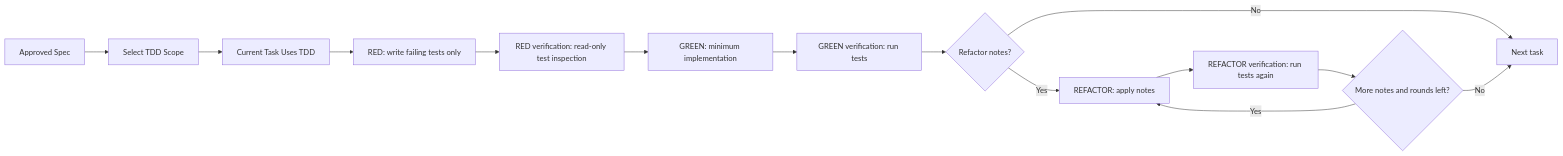
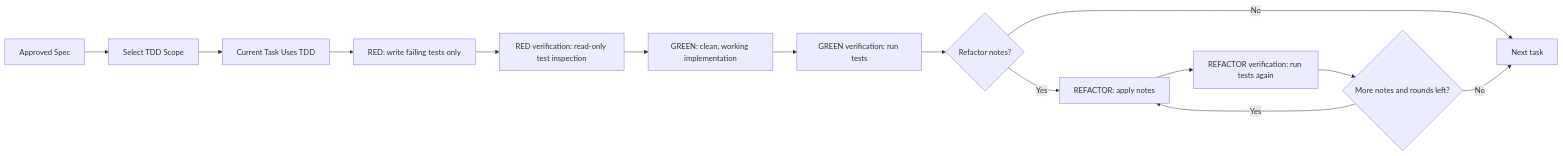
One commit to pragmataW/tddmaster changed the second of 3 diagrams in README.md. Above: the diagram before and after it, drawn with Mermaid. The commit also changed other lines of this file and 28 other files, not shown here.

````diff
--- a/README.md
+++ b/README.md
@@ -146,16 +146,16 @@
 ```mermaid
 flowchart LR
     A[Approved Spec] --> B[Select TDD Scope]
     B --> C[Current Task Uses TDD]
     C --> D[RED: write failing tests only]
     D --> E[RED verification: read-only test inspection]
-    E --> F[GREEN: minimum implementation]
+    E --> F[GREEN: clean, working implementation]
     F --> G[GREEN verification: run tests]
     G --> H{Refactor notes?}
     H -- No --> I[Next task]
     H -- Yes --> J[REFACTOR: apply notes]
     J --> K[REFACTOR verification: run tests again]
     K --> L{More notes and rounds left?}
     L -- Yes --> J
     L -- No --> I
 ```
````
